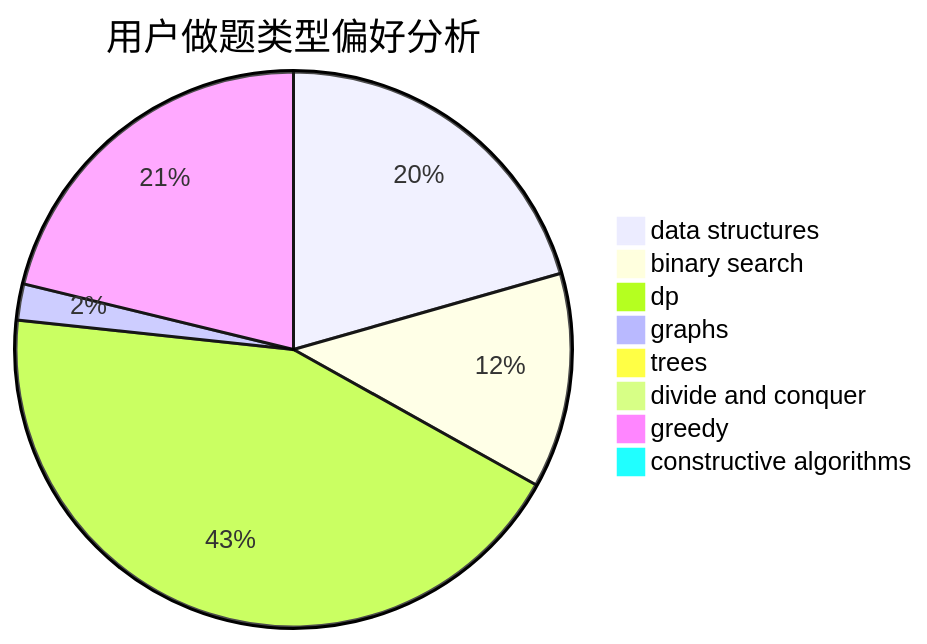
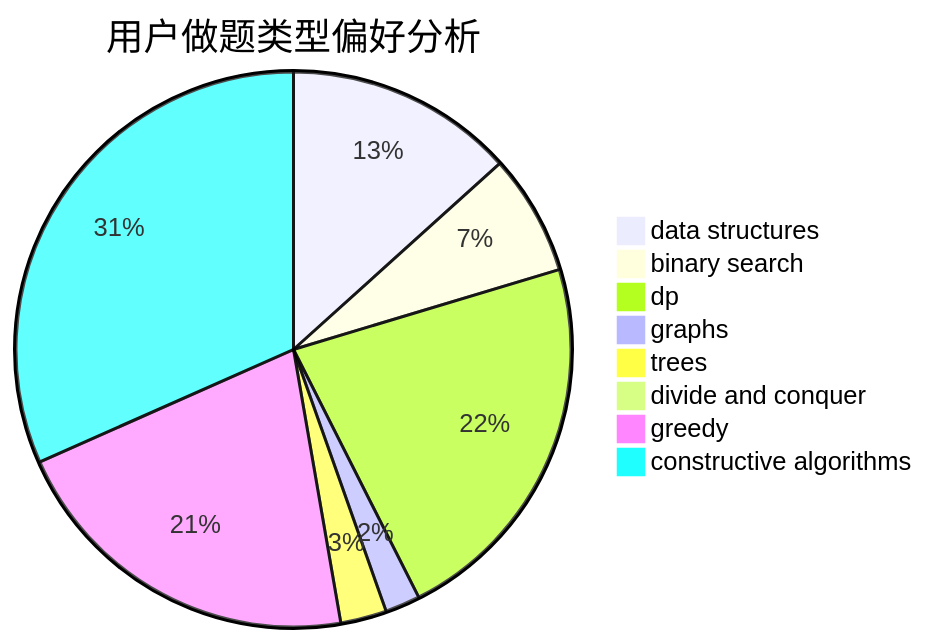
Before and after one commit to sherpahu/cfrs.github.io: the second of 3 diagrams in docs/user/u833.md, drawn with Mermaid. The commit also changed other lines of this file and 2770 other files, not shown here.

````diff
--- a/docs/user/u833.md
+++ b/docs/user/u833.md
@@ -23,11 +23,11 @@
 ```mermaid
 pie title 用户做题类型偏好分析
-    "data structures" :  332
-    "binary search" :  202
-    "dp" :  703
-    "graphs" :  34
-    "trees" :  13
-    "divide and conquer" :  0
-    "greedy" :  342
-    "constructive algorithms" :  13
+    "data structures" :  144
+    "binary search" :  76
+    "dp" :  240
+    "graphs" :  22
+    "trees" :  29
+    "divide and conquer" :  10
+    "greedy" :  228
+    "constructive algorithms" :  342
 ```
````
